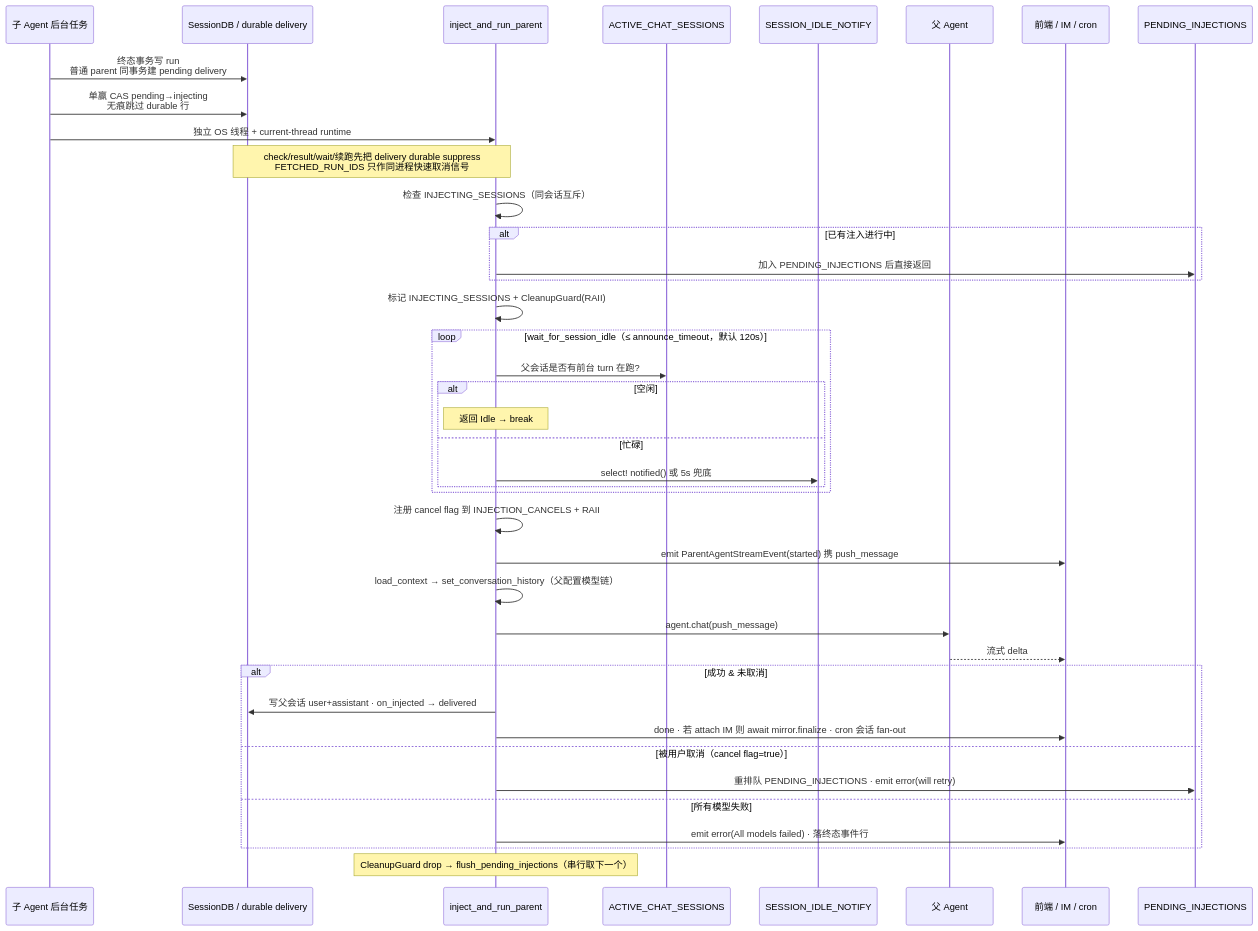
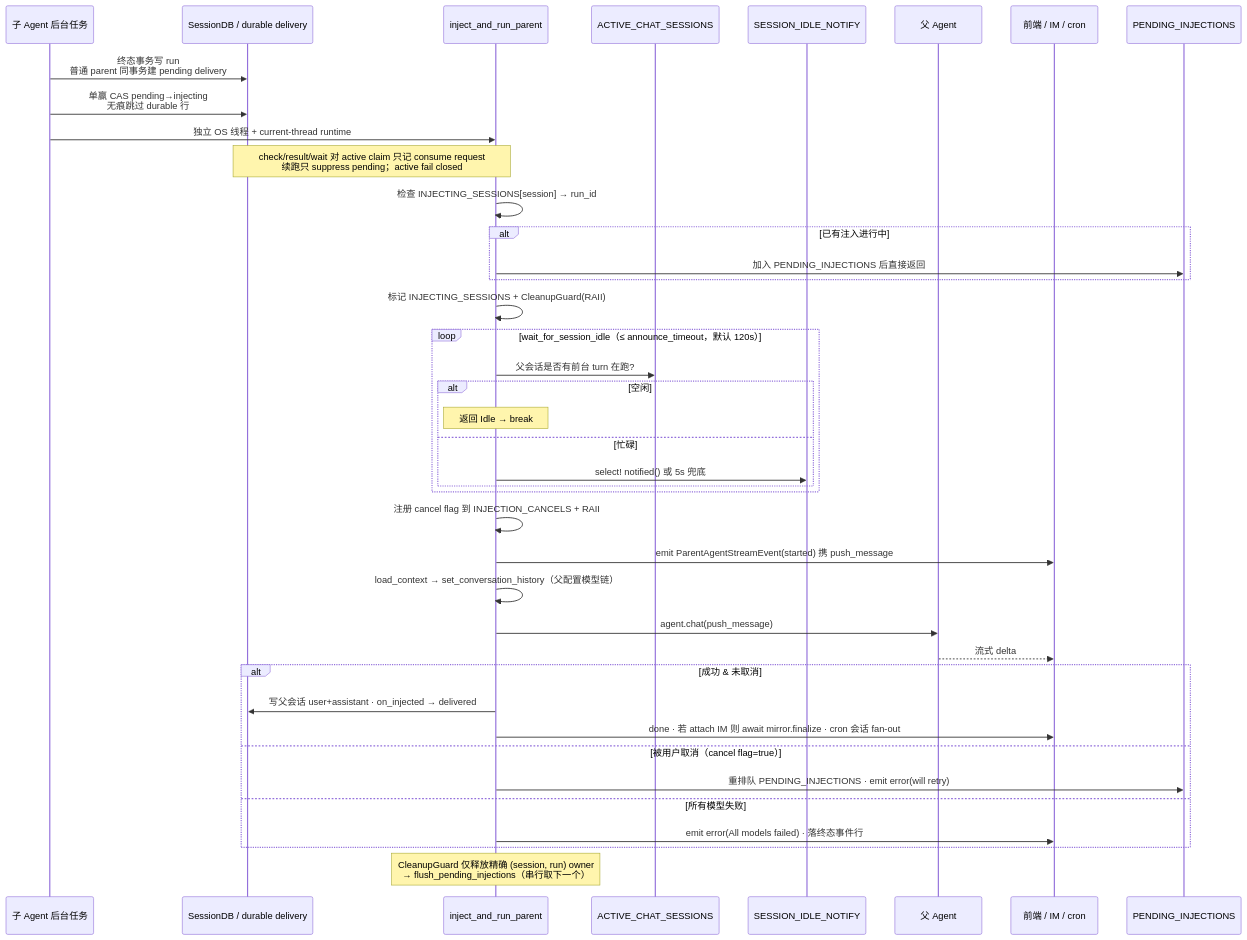
Before and after one commit to shiwenwen/hope-agent: the fifth of 6 diagrams in docs/architecture/agent/subagent.md, drawn with Mermaid. The commit also changed other lines of this file and 34 other files, not shown here.

````diff
--- a/docs/architecture/agent/subagent.md
+++ b/docs/architecture/agent/subagent.md
@@ -290,48 +292,48 @@
 ```mermaid
 sequenceDiagram
     participant Sub as 子 Agent 后台任务
     participant DB as SessionDB / durable delivery
     participant Inj as inject_and_run_parent
     participant ACS as ACTIVE_CHAT_SESSIONS
     participant Notify as SESSION_IDLE_NOTIFY
     participant Parent as 父 Agent
     participant FE as 前端 / IM / cron
     participant Queue as PENDING_INJECTIONS
 
     Sub->>DB: 终态事务写 run<br/>普通 parent 同事务建 pending delivery
     Sub->>DB: 单赢 CAS pending→injecting<br/>无痕跳过 durable 行
     Sub->>Inj: 独立 OS 线程 + current-thread runtime
 
-    Note over DB,Inj: check/result/wait/续跑先把 delivery durable suppress<br/>FETCHED_RUN_IDS 只作同进程快速取消信号
+    Note over DB,Inj: check/result/wait 对 active claim 只记 consume request<br/>续跑只 suppress pending；active fail closed
 
-    Inj->>Inj: 检查 INJECTING_SESSIONS（同会话互斥）
+    Inj->>Inj: 检查 INJECTING_SESSIONS[session] → run_id
     alt 已有注入进行中
         Inj->>Queue: 加入 PENDING_INJECTIONS 后直接返回
     end
     Inj->>Inj: 标记 INJECTING_SESSIONS + CleanupGuard(RAII)
 
     loop wait_for_session_idle（≤ announce_timeout，默认 120s）
         Inj->>ACS: 父会话是否有前台 turn 在跑?
         alt 空闲
             Note over Inj: 返回 Idle → break
         else 忙碌
             Inj->>Notify: select! notified() 或 5s 兜底
         end
     end
 
     Inj->>Inj: 注册 cancel flag 到 INJECTION_CANCELS + RAII
     Inj->>FE: emit ParentAgentStreamEvent(started) 携 push_message
     Inj->>Inj: load_context → set_conversation_history（父配置模型链）
     Inj->>Parent: agent.chat(push_message)
     Parent-->>FE: 流式 delta
 
     alt 成功 & 未取消
         Inj->>DB: 写父会话 user+assistant · on_injected → delivered
         Inj->>FE: done · 若 attach IM 则 await mirror.finalize · cron 会话 fan-out
     else 被用户取消（cancel flag=true）
         Inj->>Queue: 重排队 PENDING_INJECTIONS · emit error(will retry)
     else 所有模型失败
         Inj->>FE: emit error(All models failed) · 落终态事件行
     end
-    Note over Inj: CleanupGuard drop → flush_pending_injections（串行取下一个）
+    Note over Inj: CleanupGuard 仅释放精确 (session, run) owner<br/>→ flush_pending_injections（串行取下一个）
 ```
````
